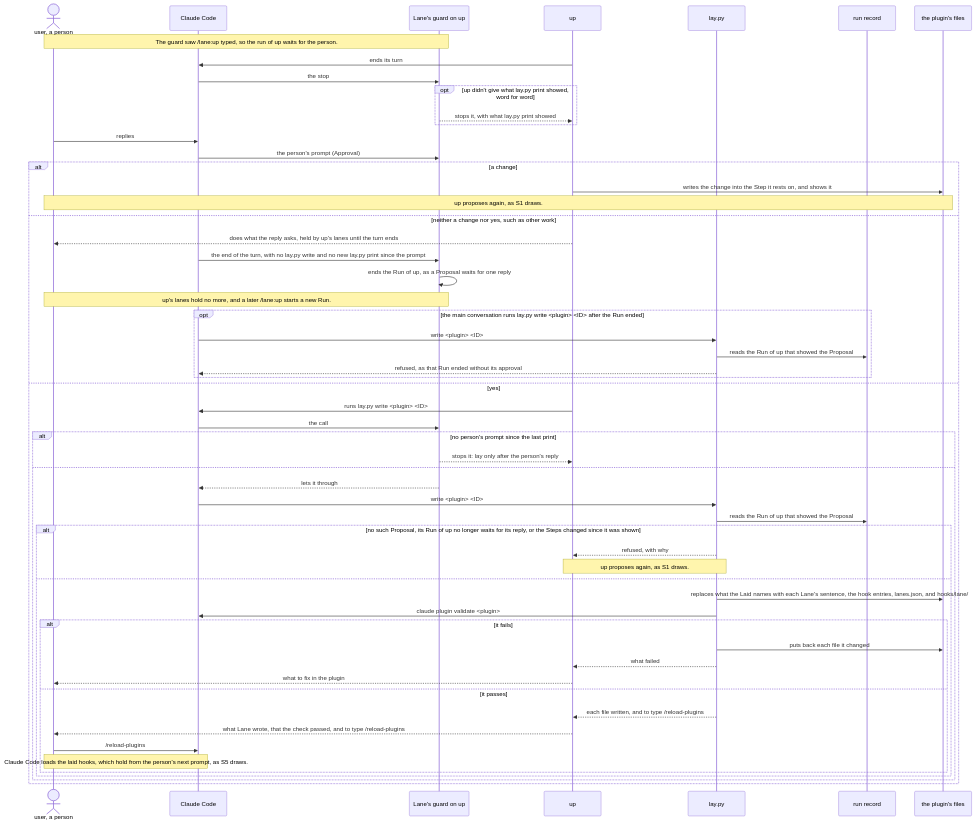
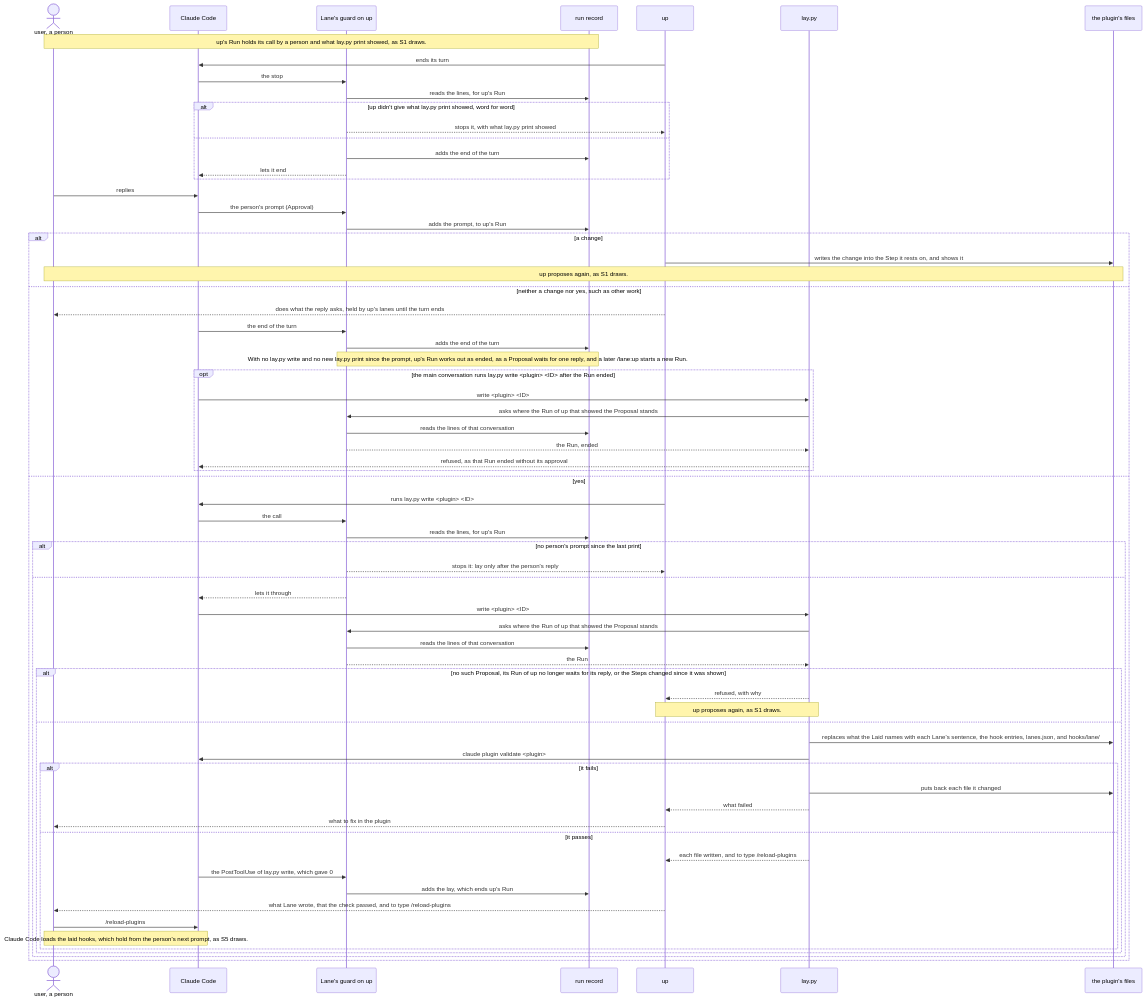
One commit to lovaizu/ccpm changed the second of 7 diagrams in dev/lane/architecture.md. Above: the diagram before and after it, drawn with Mermaid. The commit also changed other lines of this file and 19 other files, not shown here.

````diff
--- a/dev/lane/architecture.md
+++ b/dev/lane/architecture.md
@@ -415,59 +446,71 @@
 ```mermaid
 sequenceDiagram
   actor U as user, a person
   participant CC as Claude Code
   participant G as Lane's guard on up
+  participant RS as run record
   participant UP as up
   participant L as lay.py
-  participant RS as run record
   participant F as the plugin's files
-  Note over U,G: The guard saw /lane:up typed, so the run of up waits for the person.
+  Note over U,RS: up's Run holds its call by a person and what lay.py print showed, as S1 draws.
   UP->>CC: ends its turn
   CC->>G: the stop
-  opt up didn't give what lay.py print showed, word for word
+  G->>RS: reads the lines, for up's Run
+  alt up didn't give what lay.py print showed, word for word
     G-->>UP: stops it, with what lay.py print showed
+  else
+    G->>RS: adds the end of the turn
+    G-->>CC: lets it end
   end
   U->>CC: replies
   CC->>G: the person's prompt (Approval)
+  G->>RS: adds the prompt, to up's Run
   alt a change
     UP->>F: writes the change into the Step it rests on, and shows it
     Note over U,F: up proposes again, as S1 draws.
   else neither a change nor yes, such as other work
     UP-->>U: does what the reply asks, held by up's lanes until the turn ends
-    CC->>G: the end of the turn, with no lay.py write and no new lay.py print since the prompt
-    G->>G: ends the Run of up, as a Proposal waits for one reply
-    Note over U,G: up's lanes hold no more, and a later /lane:up starts a new Run.
+    CC->>G: the end of the turn
+    G->>RS: adds the end of the turn
+    Note over G,RS: With no lay.py write and no new lay.py print since the prompt, up's Run works out as ended, as a Proposal waits for one reply, and a later /lane:up starts a new Run.
     opt the main conversation runs lay.py write <plugin> <ID> after the Run ended
       CC->>L: write <plugin> <ID>
-      L->>RS: reads the Run of up that showed the Proposal
+      L->>G: asks where the Run of up that showed the Proposal stands
+      G->>RS: reads the lines of that conversation
+      G-->>L: the Run, ended
       L-->>CC: refused, as that Run ended without its approval
     end
   else yes
     UP->>CC: runs lay.py write <plugin> <ID>
     CC->>G: the call
+    G->>RS: reads the lines, for up's Run
     alt no person's prompt since the last print
       G-->>UP: stops it: lay only after the person's reply
     else
       G-->>CC: lets it through
       CC->>L: write <plugin> <ID>
-      L->>RS: reads the Run of up that showed the Proposal
+      L->>G: asks where the Run of up that showed the Proposal stands
+      G->>RS: reads the lines of that conversation
+      G-->>L: the Run
       alt no such Proposal, its Run of up no longer waits for its reply, or the Steps changed since it was shown
         L-->>UP: refused, with why
         Note over UP,L: up proposes again, as S1 draws.
       else
         L->>F: replaces what the Laid names with each Lane's sentence, the hook entries, lanes.json, and hooks/lane/
         L->>CC: claude plugin validate <plugin>
         alt it fails
           L->>F: puts back each file it changed
           L-->>UP: what failed
           UP-->>U: what to fix in the plugin
         else it passes
           L-->>UP: each file written, and to type /reload-plugins
+          CC->>G: the PostToolUse of lay.py write, which gave 0
+          G->>RS: adds the lay, which ends up's Run
           UP-->>U: what Lane wrote, that the check passed, and to type /reload-plugins
           U->>CC: /reload-plugins
           Note over U,CC: Claude Code loads the laid hooks, which hold from the person's next prompt, as S5 draws.
         end
       end
     end
   end
 ```
````
